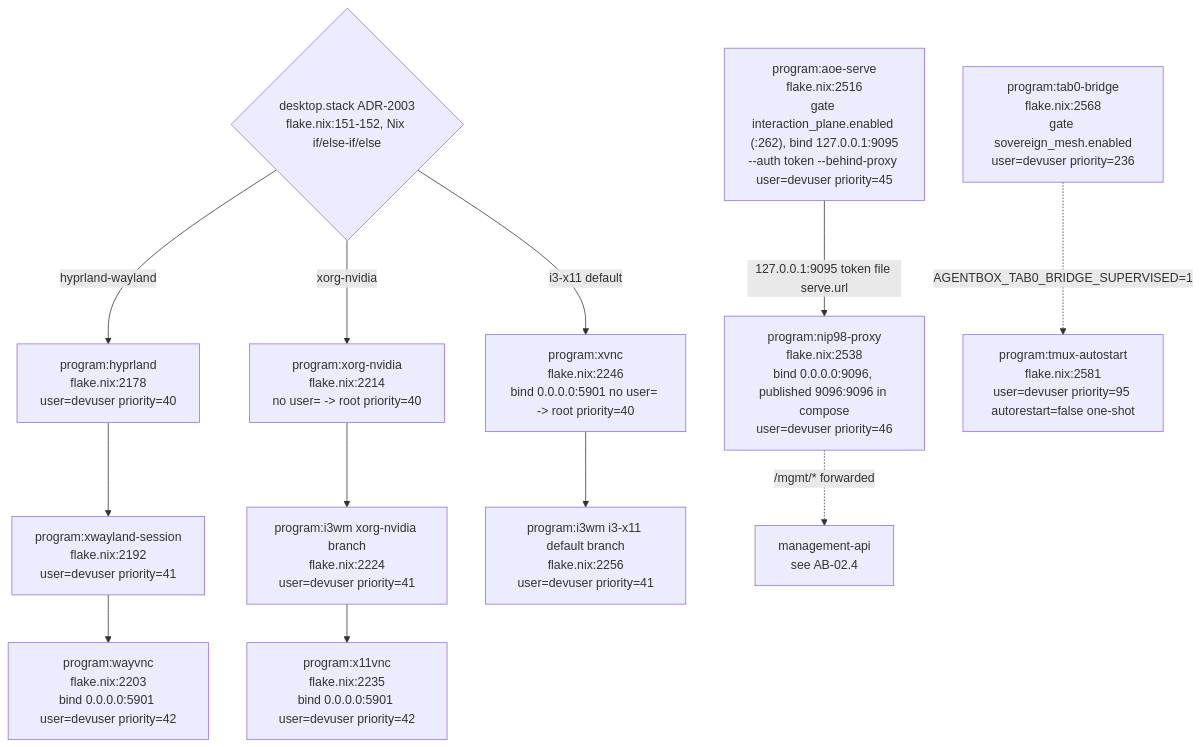
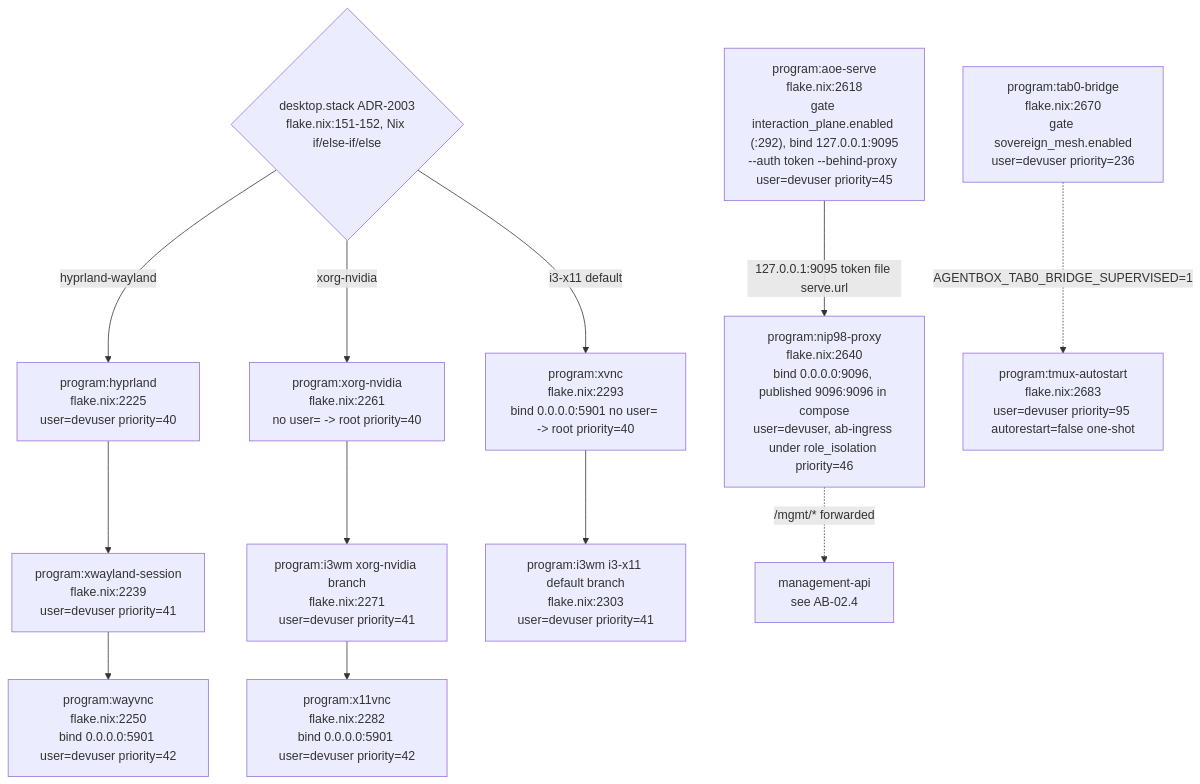
Before and after one commit to DreamLab-AI/VisionFlow: the sixth of 21 diagrams in docs/diagrams/agentbox/02-boot-sequence-and-readiness.md, drawn with Mermaid. The commit also changed other lines of this file and 14 other files, not shown here.

First line of the commit message:
docs(diagrams): custody role isolation — new AB-36, re-stamp 11 topics at the custody integration head

````diff
--- a/docs/diagrams/agentbox/02-boot-sequence-and-readiness.md
+++ b/docs/diagrams/agentbox/02-boot-sequence-and-readiness.md
@@ -249,23 +289,23 @@
 ```mermaid
 flowchart TB
     GATESTACK{"desktop.stack ADR-2003<br/>flake.nix:151-152, Nix if/else-if/else"}
-    HYPR["program:hyprland<br/>flake.nix:2178<br/>user=devuser priority=40"]
-    XWAY["program:xwayland-session<br/>flake.nix:2192<br/>user=devuser priority=41"]
-    WAYVNC["program:wayvnc<br/>flake.nix:2203<br/>bind 0.0.0.0:5901 user=devuser priority=42"]
-    XORG["program:xorg-nvidia<br/>flake.nix:2214<br/>no user= -&gt; root priority=40"]
-    I3A["program:i3wm xorg-nvidia branch<br/>flake.nix:2224<br/>user=devuser priority=41"]
-    X11VNC["program:x11vnc<br/>flake.nix:2235<br/>bind 0.0.0.0:5901 user=devuser priority=42"]
-    XVNC["program:xvnc<br/>flake.nix:2246<br/>bind 0.0.0.0:5901 no user= -&gt; root priority=40"]
-    I3B["program:i3wm i3-x11 default branch<br/>flake.nix:2256<br/>user=devuser priority=41"]
-    AOE["program:aoe-serve<br/>flake.nix:2516<br/>gate interaction_plane.enabled (:262), bind 127.0.0.1:9095<br/>--auth token --behind-proxy user=devuser priority=45"]
-    NIP98["program:nip98-proxy<br/>flake.nix:2538<br/>bind 0.0.0.0:9096, published 9096:9096 in compose<br/>user=devuser priority=46"]
-    TAB0["program:tab0-bridge<br/>flake.nix:2568<br/>gate sovereign_mesh.enabled<br/>user=devuser priority=236"]
-    TMUX["program:tmux-autostart<br/>flake.nix:2581<br/>user=devuser priority=95 autorestart=false one-shot"]
+    HYPR["program:hyprland<br/>flake.nix:2225<br/>user=devuser priority=40"]
+    XWAY["program:xwayland-session<br/>flake.nix:2239<br/>user=devuser priority=41"]
+    WAYVNC["program:wayvnc<br/>flake.nix:2250<br/>bind 0.0.0.0:5901 user=devuser priority=42"]
+    XORG["program:xorg-nvidia<br/>flake.nix:2261<br/>no user= -&gt; root priority=40"]
+    I3A["program:i3wm xorg-nvidia branch<br/>flake.nix:2271<br/>user=devuser priority=41"]
+    X11VNC["program:x11vnc<br/>flake.nix:2282<br/>bind 0.0.0.0:5901 user=devuser priority=42"]
+    XVNC["program:xvnc<br/>flake.nix:2293<br/>bind 0.0.0.0:5901 no user= -&gt; root priority=40"]
+    I3B["program:i3wm i3-x11 default branch<br/>flake.nix:2303<br/>user=devuser priority=41"]
+    AOE["program:aoe-serve<br/>flake.nix:2618<br/>gate interaction_plane.enabled (:292), bind 127.0.0.1:9095<br/>--auth token --behind-proxy user=devuser priority=45"]
+    NIP98["program:nip98-proxy<br/>flake.nix:2640<br/>bind 0.0.0.0:9096, published 9096:9096 in compose<br/>user=devuser, ab-ingress under role_isolation priority=46"]
+    TAB0["program:tab0-bridge<br/>flake.nix:2670<br/>gate sovereign_mesh.enabled<br/>user=devuser priority=236"]
+    TMUX["program:tmux-autostart<br/>flake.nix:2683<br/>user=devuser priority=95 autorestart=false one-shot"]
 
     GATESTACK -->|"hyprland-wayland"| HYPR --> XWAY --> WAYVNC
     GATESTACK -->|"xorg-nvidia"| XORG --> I3A --> X11VNC
     GATESTACK -->|"i3-x11 default"| XVNC --> I3B
     AOE -->|"127.0.0.1:9095 token file serve.url"| NIP98
     NIP98 -.->|"/mgmt/* forwarded"| MGMTREF["management-api<br/>see AB-02.4"]
     TAB0 -.->|"AGENTBOX_TAB0_BRIDGE_SUPERVISED=1"| TMUX
 ```
````
